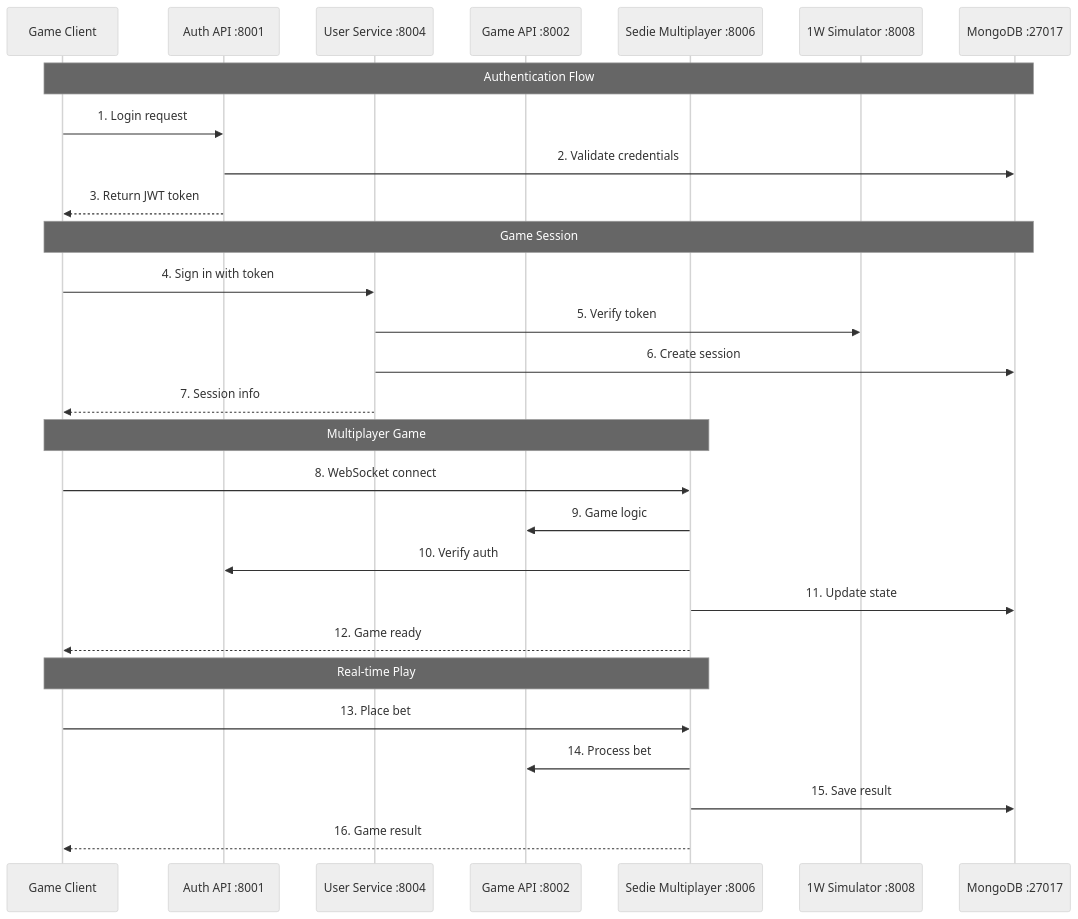
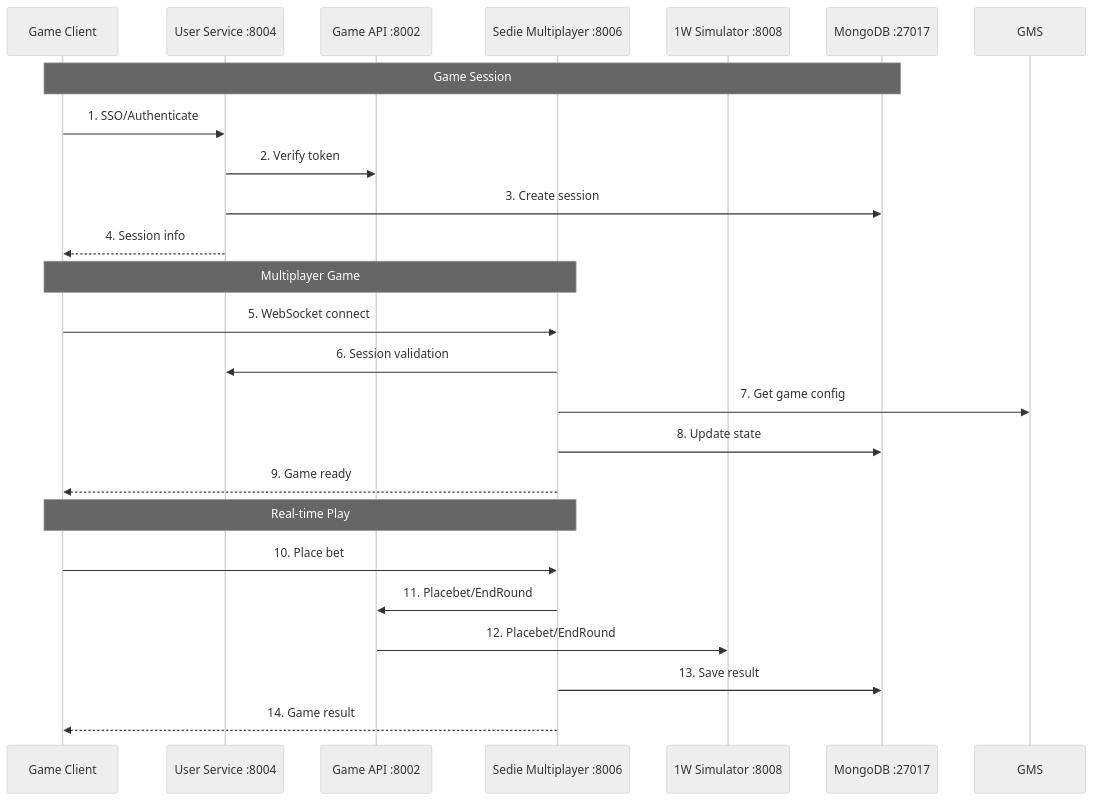
One commit to starixvn/l1_training_backend-training changed the second of 2 diagrams in README.md. Above: the diagram before and after it, drawn with Mermaid (neutral theme). The commit also changed other lines of this file, not shown here.

Commit message:
docs: revise README.md to enhance system architecture diagram, update service interactions, and clarify communication patterns

````diff
--- a/README.md
+++ b/README.md
@@ -154,34 +161,29 @@
 ```mermaid
 sequenceDiagram
     participant Client as Game Client
-    participant Auth as Auth API :8001
     participant User as User Service :8004
     participant Game as Game API :8002
     participant SMS as Sedie Multiplayer :8006
     participant OWS as 1W Simulator :8008
     participant DB as MongoDB :27017
 
-    Note over Client,DB: Authentication Flow
-    Client->>Auth: 1. Login request
-    Auth->>DB: 2. Validate credentials
-    Auth-->>Client: 3. Return JWT token
+         Note over Client,DB: Game Session
+     Client->>User: 1. SSO/Authenticate
+     User->>Game: 2. Verify token
+     User->>DB: 3. Create session
+     User-->>Client: 4. Session info
 
-    Note over Client,DB: Game Session
-    Client->>User: 4. Sign in with token
-    User->>OWS: 5. Verify token
-    User->>DB: 6. Create session
-    User-->>Client: 7. Session info
+                                       Note over Client,SMS: Multiplayer Game
+       Client->>SMS: 5. WebSocket connect
+       SMS->>User: 6. Session validation
+       SMS->>GMS: 7. Get game config
+       SMS->>DB: 8. Update state
+       SMS-->>Client: 9. Game ready
 
-    Note over Client,SMS: Multiplayer Game
-    Client->>SMS: 8. WebSocket connect
-    SMS->>Game: 9. Game logic
-    SMS->>Auth: 10. Verify auth
-    SMS->>DB: 11. Update state
-    SMS-->>Client: 12. Game ready
-
-    Note over Client,SMS: Real-time Play
-    Client->>SMS: 13. Place bet
-    SMS->>Game: 14. Process bet
-    SMS->>DB: 15. Save result
-    SMS-->>Client: 16. Game result
+                                                                               Note over Client,SMS: Real-time Play
+                 Client->>SMS: 10. Place bet
+         SMS->>Game: 11. Placebet/EndRound
+         Game->>OWS: 12. Placebet/EndRound
+         SMS->>DB: 13. Save result
+         SMS-->>Client: 14. Game result
 ```
````
